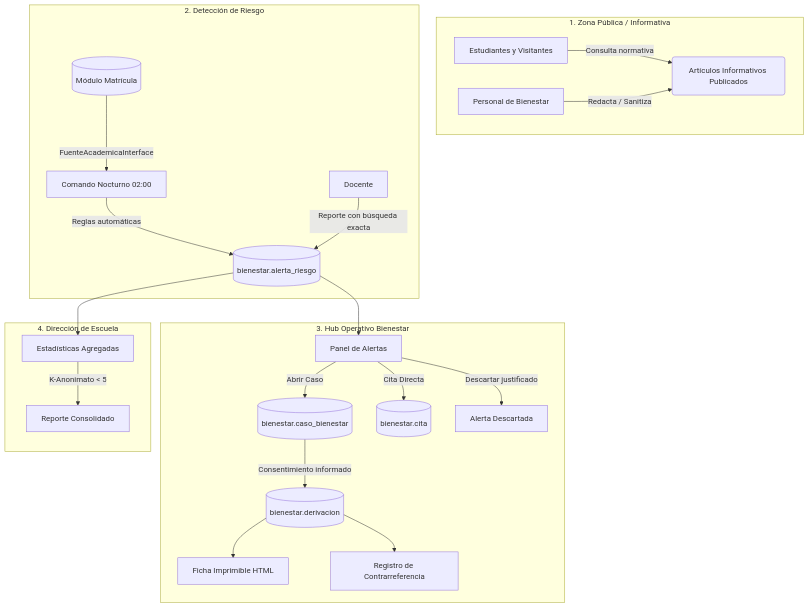
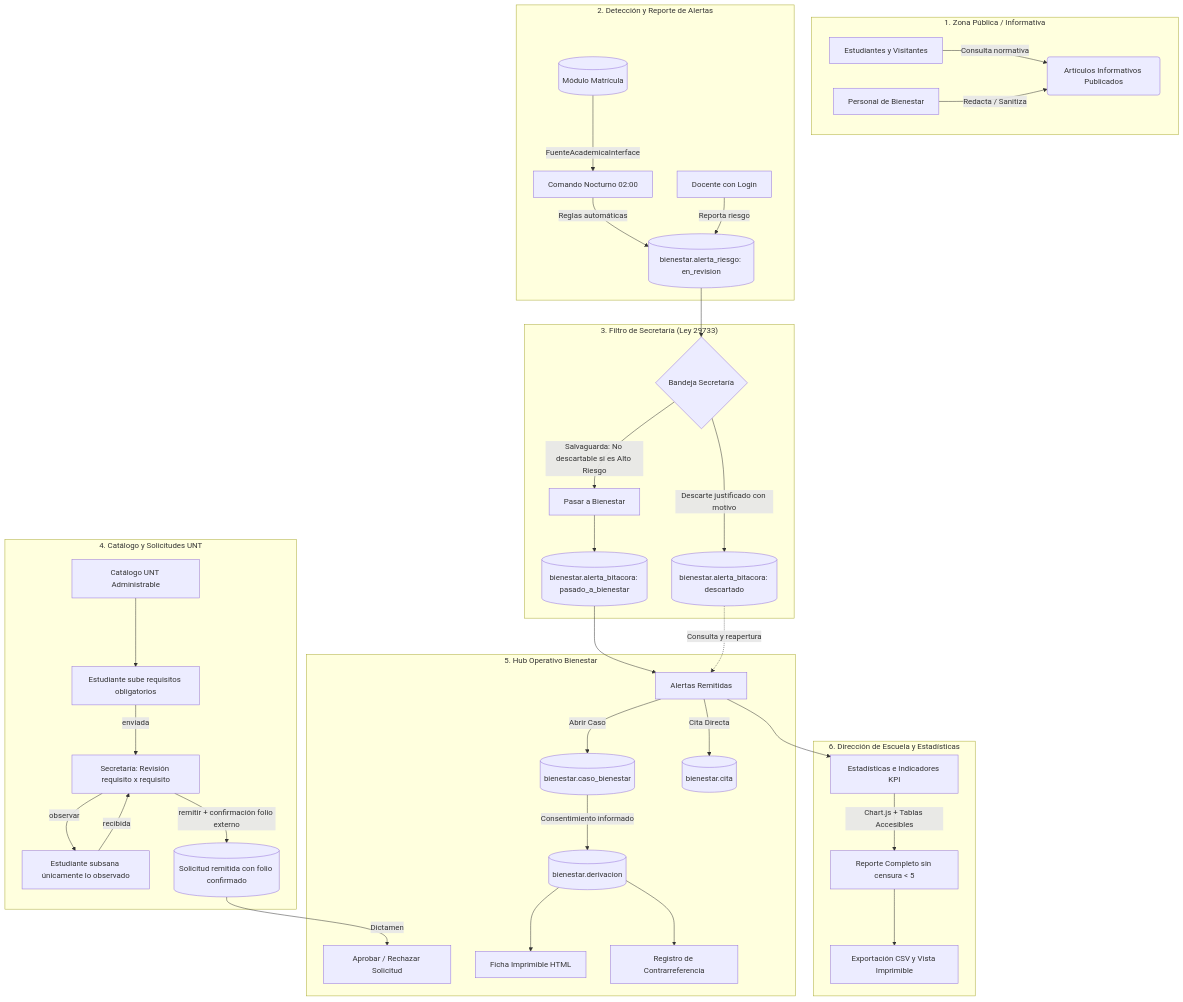
Before and after one commit to Alex300VA24/project-portal-gestion-direccion-escuela: the diagram in docs/modulos/bienestar/manual-flujos.md, drawn with Mermaid. The commit also changed other lines of this file and 3 other files, not shown here.

````diff
--- a/docs/modulos/bienestar/manual-flujos.md
+++ b/docs/modulos/bienestar/manual-flujos.md
@@ -10,28 +10,45 @@
 ```mermaid
 flowchart TD
     subgraph Publico["1. Zona Pública / Informativa"]
         A[Estudiantes y Visitantes] -->|Consulta normativa| B(Artículos Informativos Publicados)
         C[Personal de Bienestar] -->|Redacta / Sanitiza| B
     end
 
-    subgraph Deteccion["2. Detección de Riesgo"]
+    subgraph Deteccion["2. Detección y Reporte de Alertas"]
         D[(Módulo Matrícula)] -->|FuenteAcademicaInterface| E[Comando Nocturno 02:00]
-        E -->|Reglas automáticas| F[(bienestar.alerta_riesgo)]
-        G[Docente] -->|Reporte con búsqueda exacta| F
+        E -->|Reglas automáticas| F[(bienestar.alerta_riesgo: en_revision)]
+        G[Docente con Login] -->|Reporta riesgo| F
     end
 
-    subgraph Gestion["3. Hub Operativo Bienestar"]
-        F --> H[Panel de Alertas]
-        H -->|Abrir Caso| I[(bienestar.caso_bienestar)]
-        H -->|Cita Directa| J[(bienestar.cita)]
-        H -->|Descartar justificado| K[Alerta Descartada]
-        I -->|Consentimiento informado| L[(bienestar.derivacion)]
+    subgraph FiltroSec["3. Filtro de Secretaría (Ley 29733)"]
+        F --> H{Bandeja Secretaría}
+        H -->|Salvaguarda: No descartable si es Alto Riesgo| H1[Pasar a Bienestar]
+        H -->|Descarte justificado con motivo| H2[(bienestar.alerta_bitacora: descartado)]
+        H1 --> H3[(bienestar.alerta_bitacora: pasado_a_bienestar)]
+    end
+
+    subgraph Tramites["4. Catálogo y Solicitudes UNT"]
+        T1[Catálogo UNT Administrable] --> T2[Estudiante sube requisitos obligatorios]
+        T2 -->|enviada| T3[Secretaría: Revisión requisito x requisito]
+        T3 -->|observar| T4[Estudiante subsana únicamente lo observado]
+        T4 -->|recibida| T3
+        T3 -->|remitir + confirmación folio externo| T5[(Solicitud remitida con folio confirmado)]
+    end
+
+    subgraph Gestion["5. Hub Operativo Bienestar"]
+        H3 --> I[Alertas Remitidas]
+        H2 -.->|Consulta y reapertura| I
+        T5 -->|Dictamen| I1[Aprobar / Rechazar Solicitud]
+        I -->|Abrir Caso| J[(bienestar.caso_bienestar)]
+        I -->|Cita Directa| K[(bienestar.cita)]
+        J -->|Consentimiento informado| L[(bienestar.derivacion)]
         L --> M[Ficha Imprimible HTML]
         L --> N[Registro de Contrarreferencia]
     end
 
-    subgraph Direccion["4. Dirección de Escuela"]
-        F --> O[Estadísticas Agregadas]
-        O -->|K-Anonimato < 5| P[Reporte Consolidado]
+    subgraph Direccion["6. Dirección de Escuela y Estadísticas"]
+        I --> O[Estadísticas e Indicadores KPI]
+        O -->|Chart.js + Tablas Accesibles| P[Reporte Completo sin censura < 5]
+        P --> Q[Exportación CSV y Vista Imprimible]
     end
 ```
````
